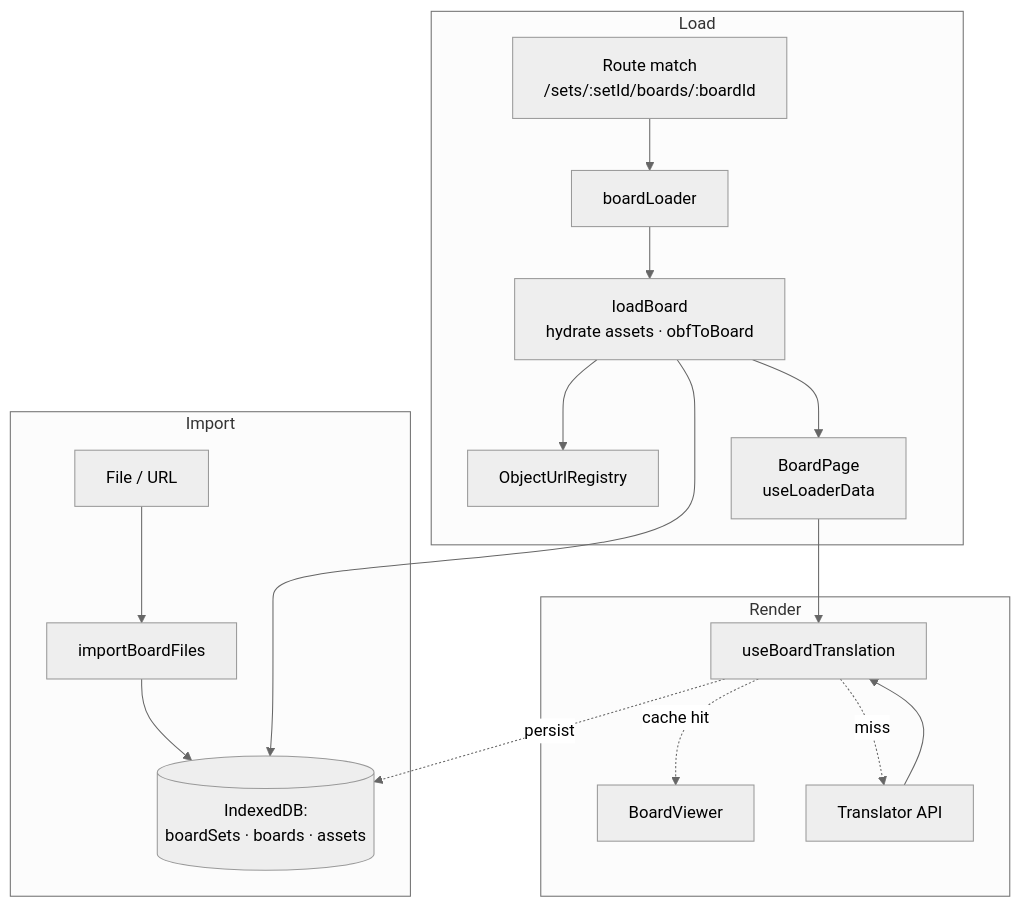
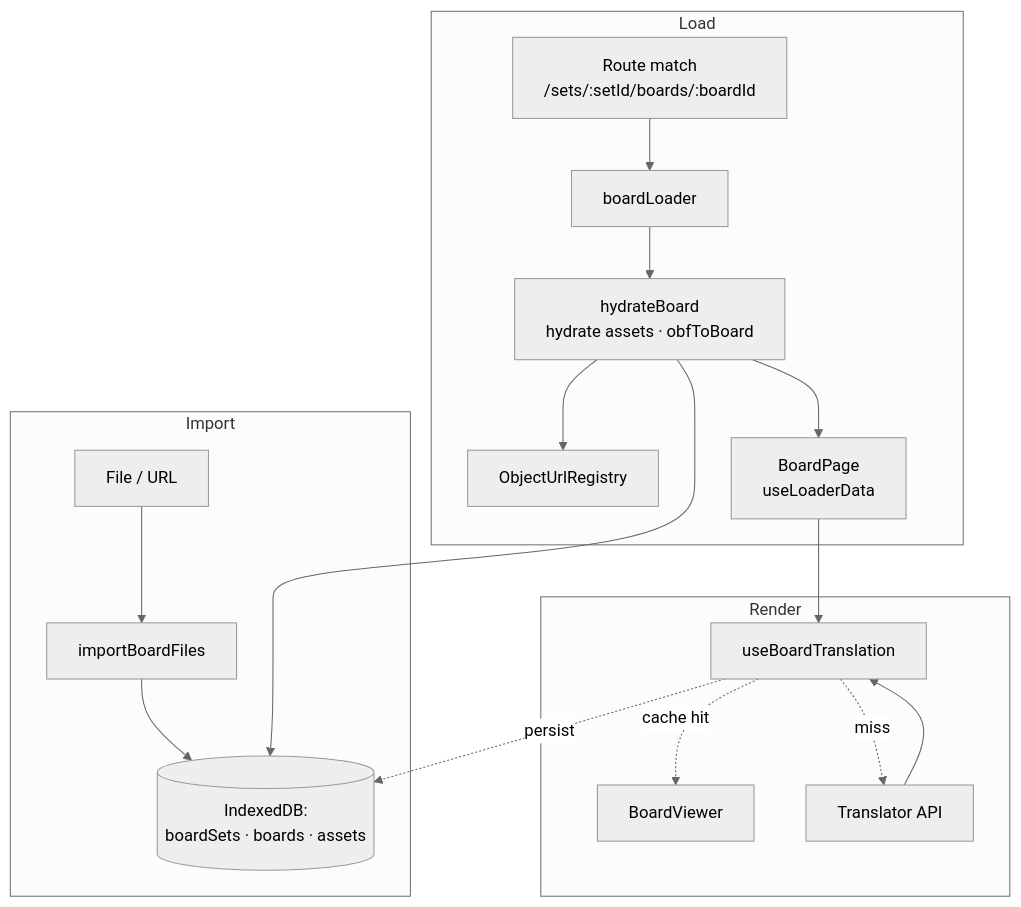
One commit to shayc/aac-board-ai changed the diagram in docs/architecture.md. Above: the diagram before and after it, drawn with Mermaid (neutral theme). The commit also changed other lines of this file, not shown here.

First line of the commit message:
docs(architecture): fix stale loadBoard name and broken translation links (#402)

````diff
--- a/docs/architecture.md
+++ b/docs/architecture.md
@@ -63,23 +63,23 @@
 ```mermaid
 flowchart TD
   subgraph Import
     A[File / URL] --> B[importBoardFiles]
     B --> C[(IndexedDB:<br/>boardSets · boards · assets)]
   end
 
   subgraph Load
     R[Route match<br/>/sets/:setId/boards/:boardId] --> L[boardLoader]
-    L --> Q[loadBoard<br/>hydrate assets · obfToBoard]
+    L --> Q[hydrateBoard<br/>hydrate assets · obfToBoard]
     Q --> C
     Q --> O[ObjectUrlRegistry]
     Q --> P[BoardPage<br/>useLoaderData]
   end
 
   subgraph Render
     P --> T[useBoardTranslation]
     T -. cache hit .-> V[BoardViewer]
     T -. miss .-> X[Translator API]
     X --> T
     T -. persist .-> C
   end
 ```
````
